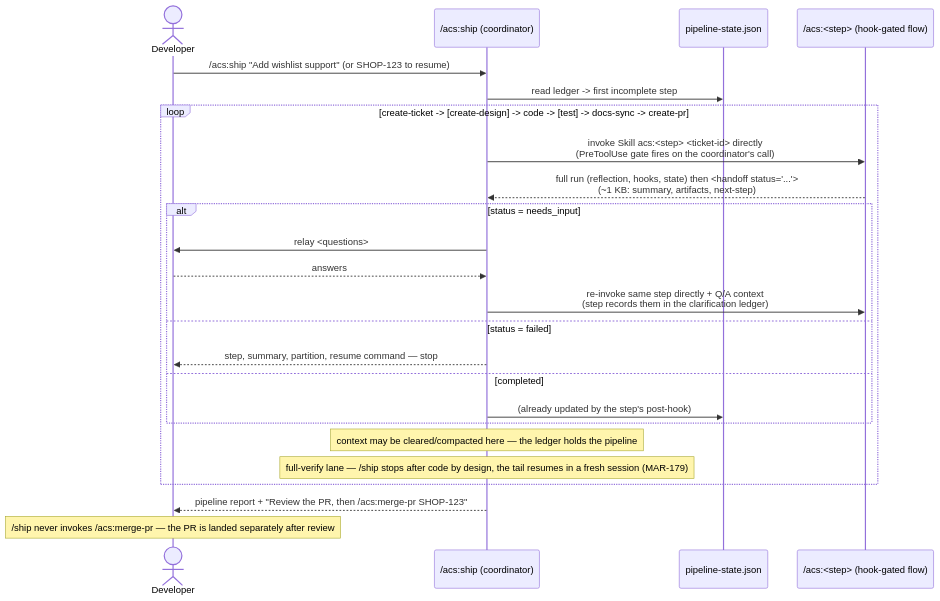
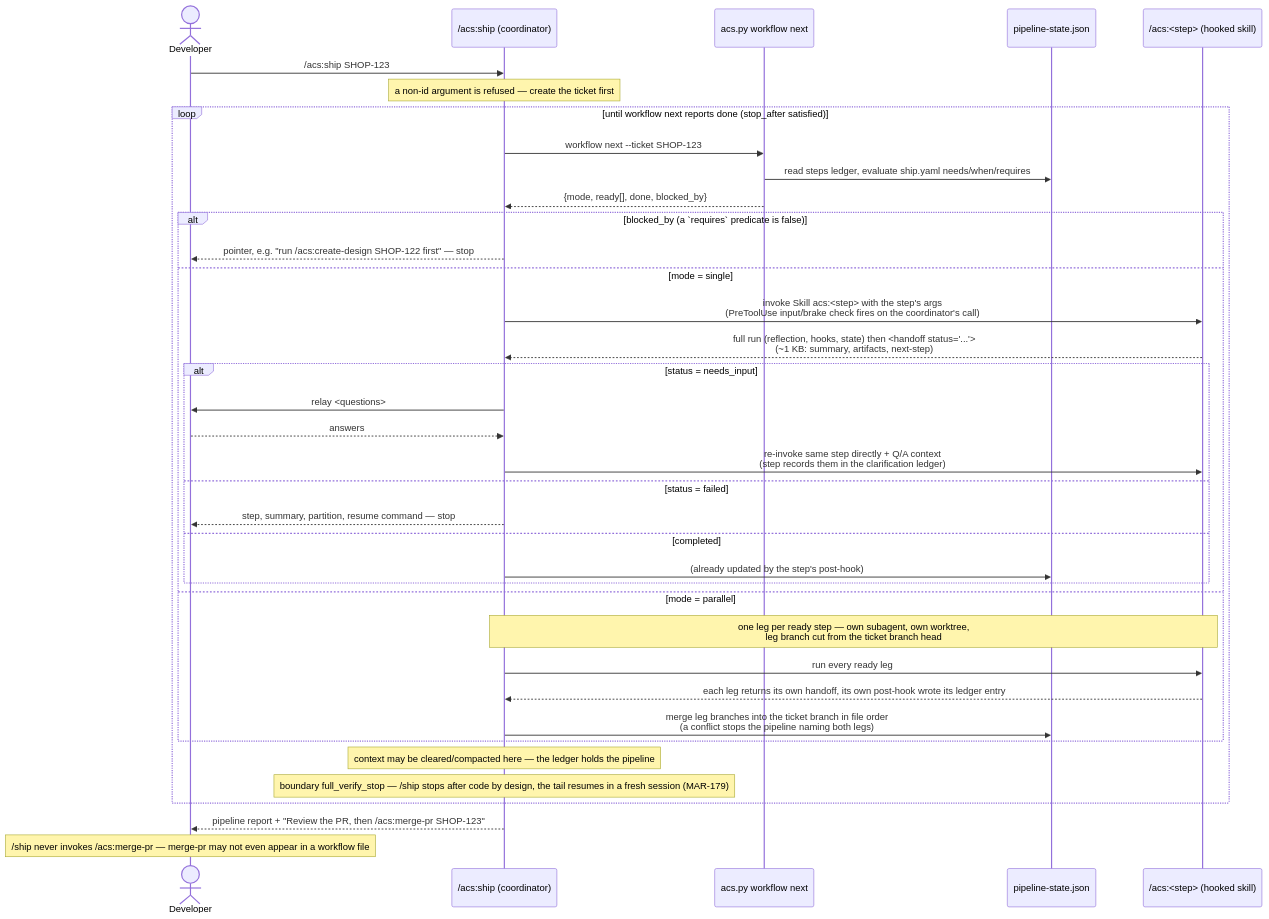
The first of 2 diagrams in docs/architecture/lld/flows/ship-pipeline.md (globalmindsolution/gms-marketplace), drawn with Mermaid before and after one commit. The commit also changed other lines of this file and 156 other files, not shown here.

Commit message:
refactor: independent skills, ship.yaml-driven /acs:ship with parallel legs, docs/tickets artifacts, Build/Test skills (#528)

````diff
--- a/docs/architecture/lld/flows/ship-pipeline.md
+++ b/docs/architecture/lld/flows/ship-pipeline.md
@@ -11,27 +18,40 @@
 ```mermaid
 sequenceDiagram
     actor Dev as Developer
     participant SH as /acs:ship (coordinator)
+    participant WF as acs.py workflow next
     participant WS as pipeline-state.json
-    participant SK as /acs:<step> (hook-gated flow)
+    participant SK as /acs:<step> (hooked skill)
 
-    Dev->>SH: /acs:ship "Add wishlist support"  (or SHOP-123 to resume)
-    SH->>WS: read ledger -> first incomplete step
-    loop create-ticket -> [create-design] -> code -> [test] -> docs-sync -> create-pr
-        SH->>SK: invoke Skill acs:<step> <ticket-id> directly<br/>(PreToolUse gate fires on the coordinator's call)
-        SK-->>SH: full run (reflection, hooks, state) then <handoff status="..."><br/>(~1 KB: summary, artifacts, next-step)
-        alt status = needs_input
-            SH->>Dev: relay <questions>
-            Dev-->>SH: answers
-            SH->>SK: re-invoke same step directly + Q/A context<br/>(step records them in the clarification ledger)
-        else status = failed
-            SH-->>Dev: step, summary, partition, resume command — stop
-        else completed
-            SH->>WS: (already updated by the step's post-hook)
+    Dev->>SH: /acs:ship SHOP-123
+    note over SH: a non-id argument is refused — create the ticket first
+    loop until workflow next reports done (stop_after satisfied)
+        SH->>WF: workflow next --ticket SHOP-123
+        WF->>WS: read steps ledger, evaluate ship.yaml needs/when/requires
+        WF-->>SH: {mode, ready[], done, blocked_by}
+        alt blocked_by (a `requires` predicate is false)
+            SH-->>Dev: pointer, e.g. "run /acs:create-design SHOP-122 first" — stop
+        else mode = single
+            SH->>SK: invoke Skill acs:<step> with the step's args<br/>(PreToolUse input/brake check fires on the coordinator's call)
+            SK-->>SH: full run (reflection, hooks, state) then <handoff status="..."><br/>(~1 KB: summary, artifacts, next-step)
+            alt status = needs_input
+                SH->>Dev: relay <questions>
+                Dev-->>SH: answers
+                SH->>SK: re-invoke same step directly + Q/A context<br/>(step records them in the clarification ledger)
+            else status = failed
+                SH-->>Dev: step, summary, partition, resume command — stop
+            else completed
+                SH->>WS: (already updated by the step's post-hook)
+            end
+        else mode = parallel
+            note over SH,SK: one leg per ready step — own subagent, own worktree,<br/>leg branch cut from the ticket branch head
+            SH->>SK: run every ready leg
+            SK-->>SH: each leg returns its own handoff, its own post-hook wrote its ledger entry
+            SH->>WS: merge leg branches into the ticket branch in file order<br/>(a conflict stops the pipeline naming both legs)
         end
         note over SH: context may be cleared/compacted here — the ledger holds the pipeline
-        note over SH: full-verify lane — /ship stops after code by design, the tail resumes in a fresh session (MAR-179)
+        note over SH: boundary full_verify_stop — /ship stops after code by design, the tail resumes in a fresh session (MAR-179)
     end
     SH-->>Dev: pipeline report + "Review the PR, then /acs:merge-pr SHOP-123"
-    note over Dev: /ship never invokes /acs:merge-pr — the PR is landed separately after review
+    note over Dev: /ship never invokes /acs:merge-pr — merge-pr may not even appear in a workflow file
 ```
````
